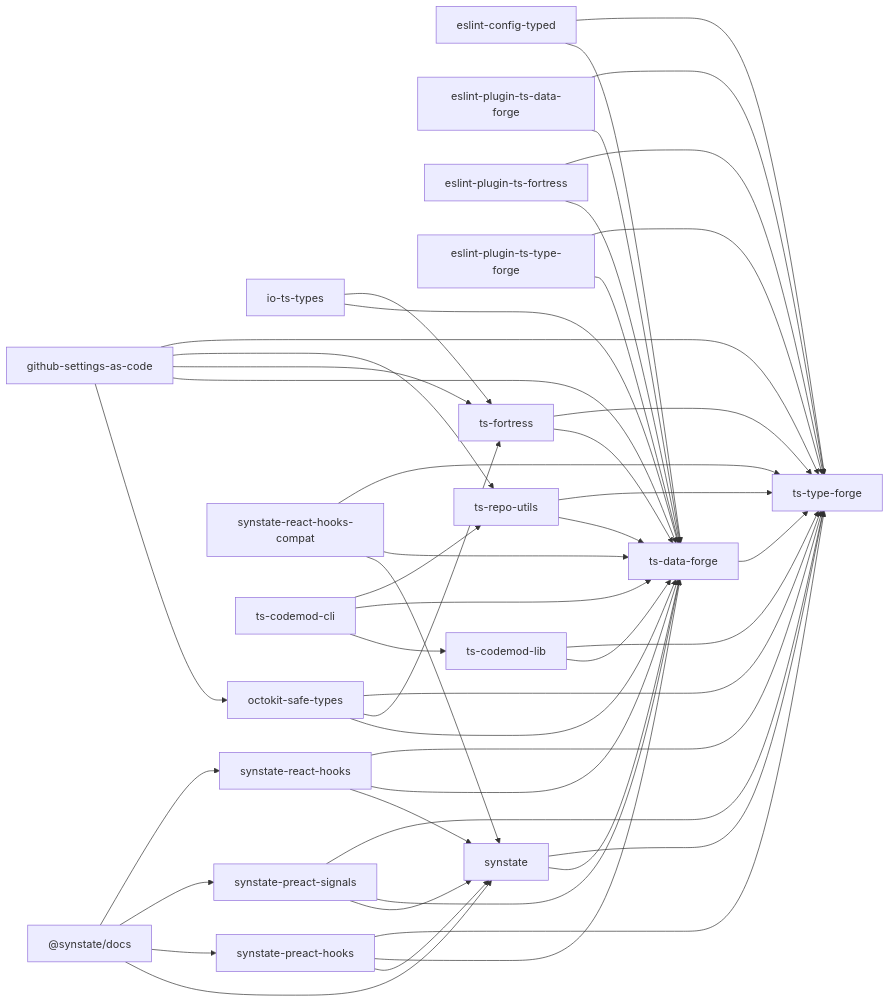
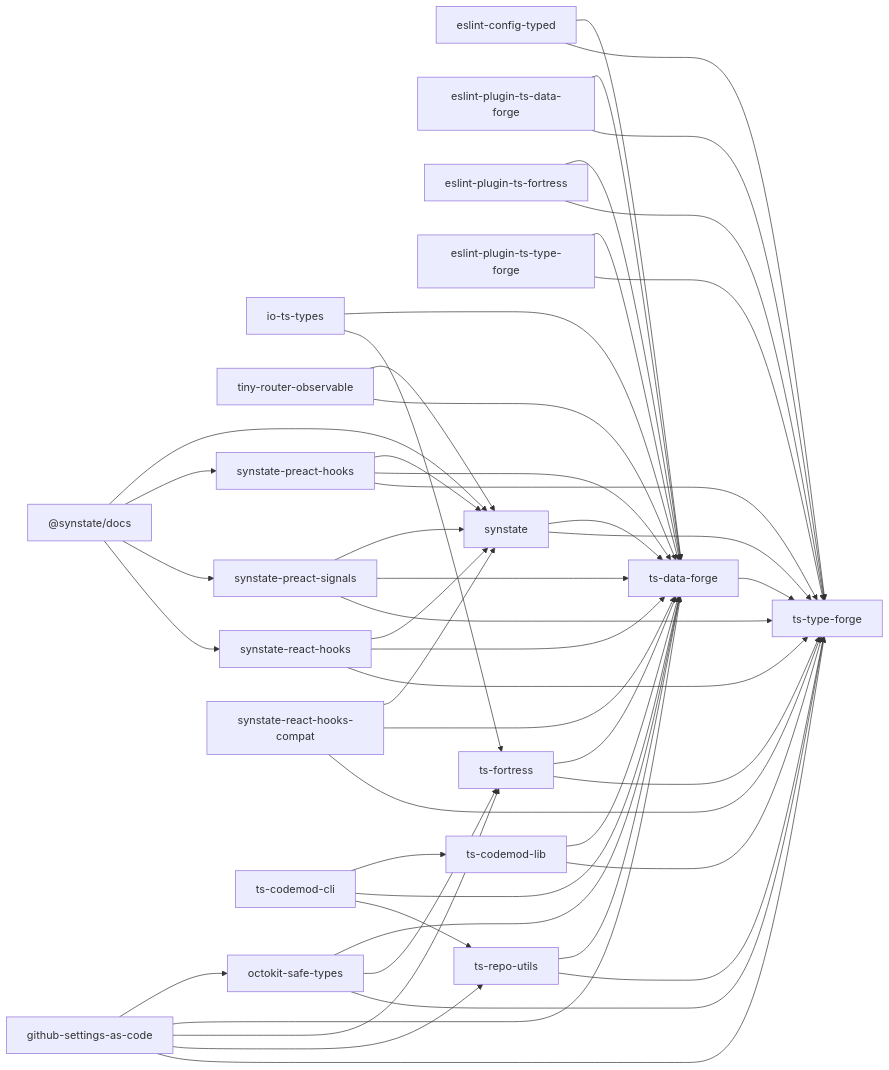
The diagram in docs/package-dependencies.md (noshiro-pf/mono), drawn with Mermaid before and after one commit. The commit also changed other lines of this file and 8 other files, not shown here.

First line of the commit message:
feat: restore tiny-router-observable from experimental/ (#1628)

````diff
--- a/docs/package-dependencies.md
+++ b/docs/package-dependencies.md
@@ -13,68 +13,71 @@
 ```mermaid
 graph LR
   io_ts_types["io-ts-types"]
   _synstate_docs["@synstate/docs"]
+  tiny_router_observable["tiny-router-observable"]
   eslint_config_typed["eslint-config-typed"]
   eslint_plugin_ts_data_forge["eslint-plugin-ts-data-forge"]
   eslint_plugin_ts_fortress["eslint-plugin-ts-fortress"]
   eslint_plugin_ts_type_forge["eslint-plugin-ts-type-forge"]
   github_settings_as_code["github-settings-as-code"]
   octokit_safe_types["octokit-safe-types"]
   synstate["synstate"]
   synstate_preact_hooks["synstate-preact-hooks"]
   synstate_preact_signals["synstate-preact-signals"]
   synstate_react_hooks["synstate-react-hooks"]
   synstate_react_hooks_compat["synstate-react-hooks-compat"]
   ts_codemod_cli["ts-codemod-cli"]
   ts_codemod_lib["ts-codemod-lib"]
   ts_data_forge["ts-data-forge"]
   ts_fortress["ts-fortress"]
   ts_repo_utils["ts-repo-utils"]
   ts_type_forge["ts-type-forge"]
   io_ts_types --> ts_data_forge
   io_ts_types --> ts_fortress
   _synstate_docs --> synstate
   _synstate_docs --> synstate_preact_hooks
   _synstate_docs --> synstate_preact_signals
   _synstate_docs --> synstate_react_hooks
+  tiny_router_observable --> synstate
+  tiny_router_observable --> ts_data_forge
   eslint_config_typed --> ts_data_forge
   eslint_config_typed --> ts_type_forge
   eslint_plugin_ts_data_forge --> ts_data_forge
   eslint_plugin_ts_data_forge --> ts_type_forge
   eslint_plugin_ts_fortress --> ts_data_forge
   eslint_plugin_ts_fortress --> ts_type_forge
   eslint_plugin_ts_type_forge --> ts_data_forge
   eslint_plugin_ts_type_forge --> ts_type_forge
   github_settings_as_code --> octokit_safe_types
   github_settings_as_code --> ts_data_forge
   github_settings_as_code --> ts_fortress
   github_settings_as_code --> ts_repo_utils
   github_settings_as_code --> ts_type_forge
   octokit_safe_types --> ts_data_forge
   octokit_safe_types --> ts_fortress
   octokit_safe_types --> ts_type_forge
   synstate --> ts_data_forge
   synstate --> ts_type_forge
   synstate_preact_hooks --> synstate
   synstate_preact_hooks --> ts_data_forge
   synstate_preact_hooks --> ts_type_forge
   synstate_preact_signals --> synstate
   synstate_preact_signals --> ts_data_forge
   synstate_preact_signals --> ts_type_forge
   synstate_react_hooks --> synstate
   synstate_react_hooks --> ts_data_forge
   synstate_react_hooks --> ts_type_forge
   synstate_react_hooks_compat --> synstate
   synstate_react_hooks_compat --> ts_data_forge
   synstate_react_hooks_compat --> ts_type_forge
   ts_codemod_cli --> ts_codemod_lib
   ts_codemod_cli --> ts_data_forge
   ts_codemod_cli --> ts_repo_utils
   ts_codemod_lib --> ts_data_forge
   ts_codemod_lib --> ts_type_forge
   ts_data_forge --> ts_type_forge
   ts_fortress --> ts_data_forge
   ts_fortress --> ts_type_forge
   ts_repo_utils --> ts_data_forge
   ts_repo_utils --> ts_type_forge
 ```
````
